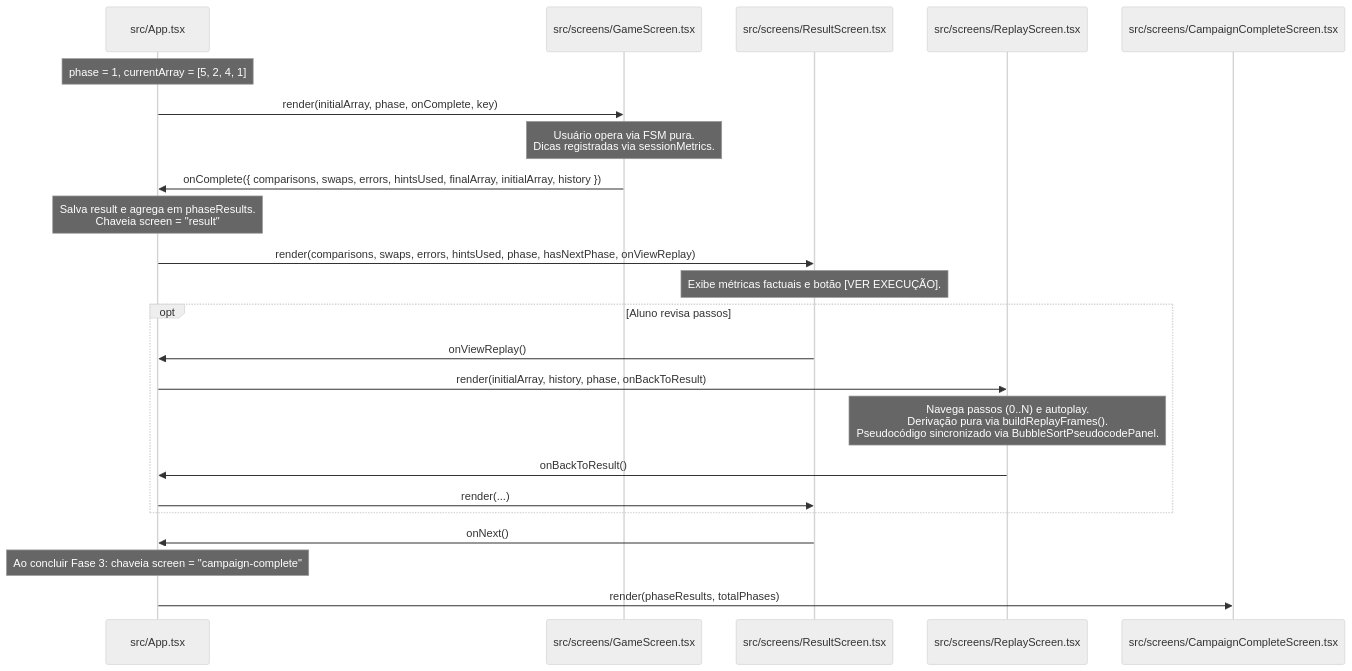
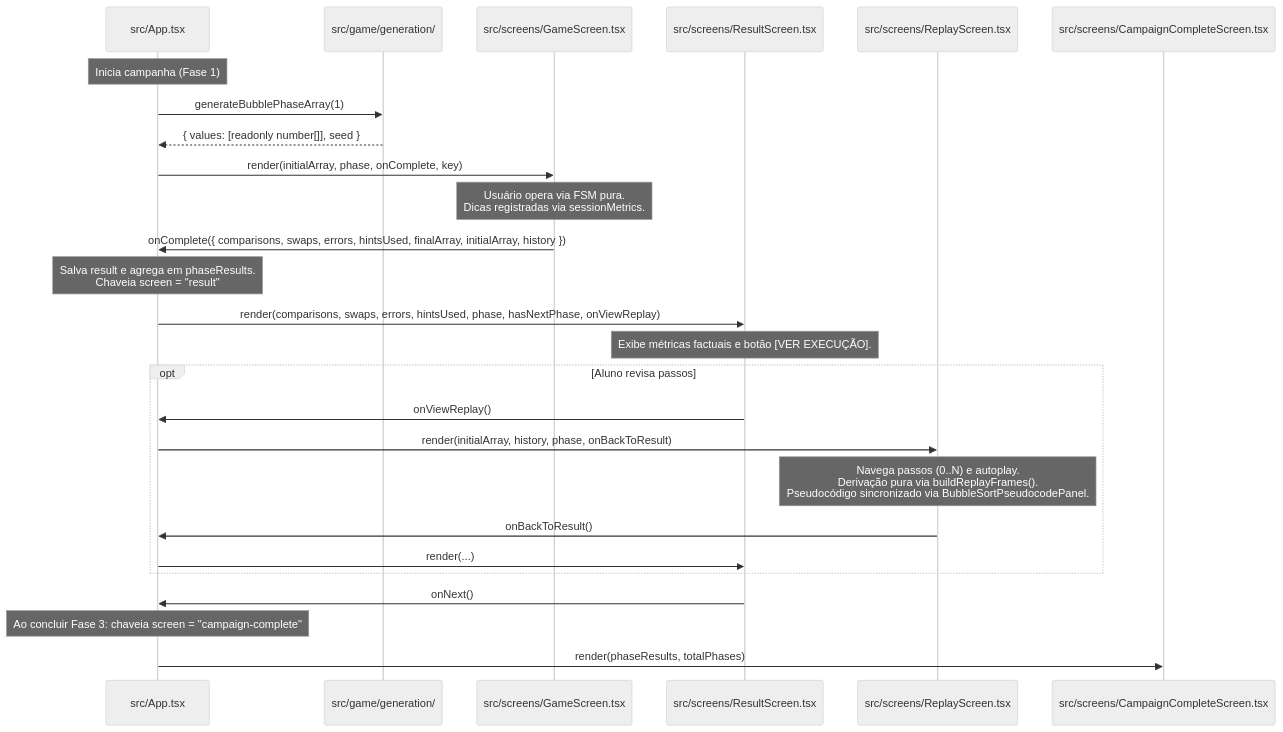
One commit to MarcosV22/Sorting-Station-Interface-Design changed the second of 4 diagrams in docs/wiki/02-system-architecture.md. Above: the diagram before and after it, drawn with Mermaid (neutral theme). The commit also changed other lines of this file and 52 other files, not shown here.

````diff
--- a/docs/wiki/02-system-architecture.md
+++ b/docs/wiki/02-system-architecture.md
@@ -126,26 +126,29 @@
 ```mermaid
 sequenceDiagram
     participant App as src/App.tsx
+    participant Gen as src/game/generation/
     participant Game as src/screens/GameScreen.tsx
     participant Result as src/screens/ResultScreen.tsx
     participant Replay as src/screens/ReplayScreen.tsx
     participant Campaign as src/screens/CampaignCompleteScreen.tsx
 
-    Note over App: phase = 1, currentArray = [5, 2, 4, 1]
+    Note over App: Inicia campanha (Fase 1)
+    App->>Gen: generateBubblePhaseArray(1)
+    Gen-->>App: { values: [readonly number[]], seed }
     App->>Game: render(initialArray, phase, onComplete, key)
     Note over Game: Usuário opera via FSM pura.<br/>Dicas registradas via sessionMetrics.
     Game->>App: onComplete({ comparisons, swaps, errors, hintsUsed, finalArray, initialArray, history })
     Note over App: Salva result e agrega em phaseResults.<br/>Chaveia screen = "result"
     App->>Result: render(comparisons, swaps, errors, hintsUsed, phase, hasNextPhase, onViewReplay)
     Note over Result: Exibe métricas factuais e botão [VER EXECUÇÃO].
     opt Aluno revisa passos
         Result->>App: onViewReplay()
         App->>Replay: render(initialArray, history, phase, onBackToResult)
         Note over Replay: Navega passos (0..N) e autoplay.<br/>Derivação pura via buildReplayFrames().<br/>Pseudocódigo sincronizado via BubbleSortPseudocodePanel.
         Replay->>App: onBackToResult()
         App->>Result: render(...)
     end
     Result->>App: onNext()
     Note over App: Ao concluir Fase 3: chaveia screen = "campaign-complete"
     App->>Campaign: render(phaseResults, totalPhases)
 ```
````
